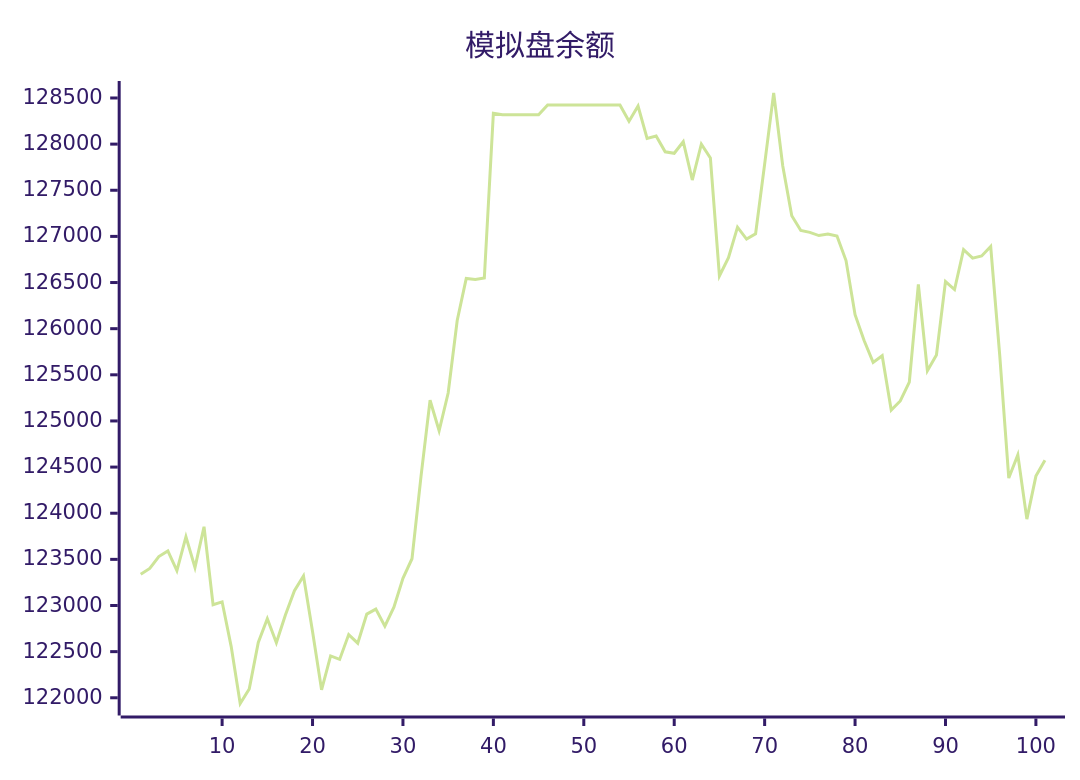
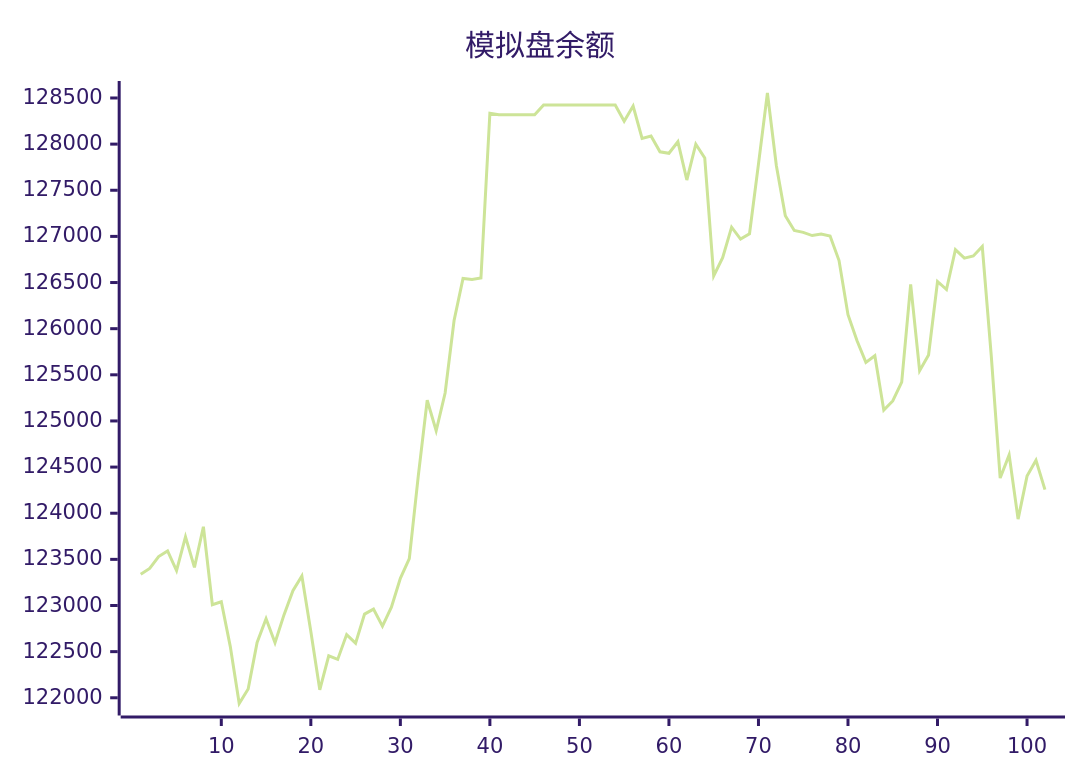
Before and after one commit to aahl/ai-trading: the diagram in README.md, drawn with Mermaid (forest theme). The commit also changed other lines of this file and 1 other file, not shown here.

````diff
--- a/README.md
+++ b/README.md
@@ -5,5 +5,5 @@
 ```mermaid
 xychart
     title "模拟盘余额"
-    line [123338,123402,123530,123592,123378,123745,123413,123853,123009,123040,122557,121938,122095,122599,122856,122597,122898,123160,123319,122719,122087,122454,122416,122685,122592,122907,122961,122776,122981,123295,123507,124403,125224,124894,125303,126088,126544,126534,126549,128335,128318,128318,128318,128318,128318,128424,128424,128424,128424,128424,128424,128424,128424,128424,128247,128412,128062,128087,127917,127901,128026,127611,128000,127850,126572,126770,127100,126971,127029,127783,128554,127765,127224,127064,127044,127009,127025,127004,126738,126152,125871,125635,125707,125117,125217,125420,126480,125545,125715,126511,126424,126856,126764,126788,126890,125710,124381,124632,123936,124402,124574]
+    line [123338,123402,123530,123592,123378,123745,123413,123853,123009,123040,122557,121938,122095,122599,122856,122597,122898,123160,123319,122719,122087,122454,122416,122685,122592,122907,122961,122776,122981,123295,123507,124403,125224,124894,125303,126088,126544,126534,126549,128335,128318,128318,128318,128318,128318,128424,128424,128424,128424,128424,128424,128424,128424,128424,128247,128412,128062,128087,127917,127901,128026,127611,128000,127850,126572,126770,127100,126971,127029,127783,128554,127765,127224,127064,127044,127009,127025,127004,126738,126152,125871,125635,125707,125117,125217,125420,126480,125545,125715,126511,126424,126856,126764,126788,126890,125710,124381,124632,123936,124402,124574,124256]
 ```
````
